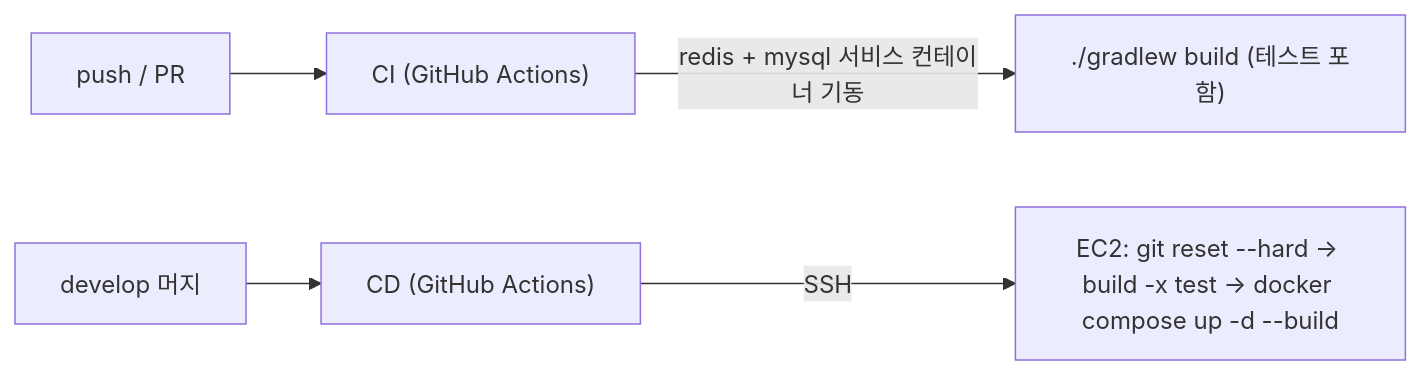
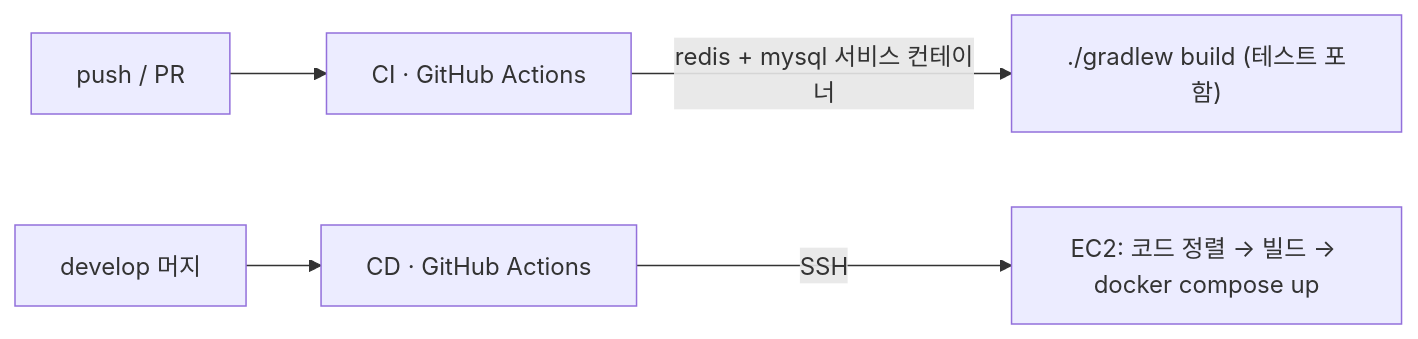
The fourth of 4 diagrams in README.md (storyrago/Sage), drawn with Mermaid before and after one commit. The commit also changed other lines of this file, not shown here.

````diff
--- a/README.md
+++ b/README.md
@@ -225,7 +276,7 @@
 ```mermaid
 flowchart LR
-    P["push / PR"] --> CI["CI (GitHub Actions)"]
-    CI -->|"redis + mysql 서비스 컨테이너 기동"| T["./gradlew build (테스트 포함)"]
-    M["develop 머지"] --> CD["CD (GitHub Actions)"]
-    CD -->|"SSH"| E["EC2: git reset --hard → build -x test → docker compose up -d --build"]
+    P["push / PR"] --> CI["CI · GitHub Actions"]
+    CI -->|"redis + mysql 서비스 컨테이너"| T["./gradlew build (테스트 포함)"]
+    M["develop 머지"] --> CD["CD · GitHub Actions"]
+    CD -->|"SSH"| E["EC2: 코드 정렬 → 빌드 → docker compose up"]
 ```
````
